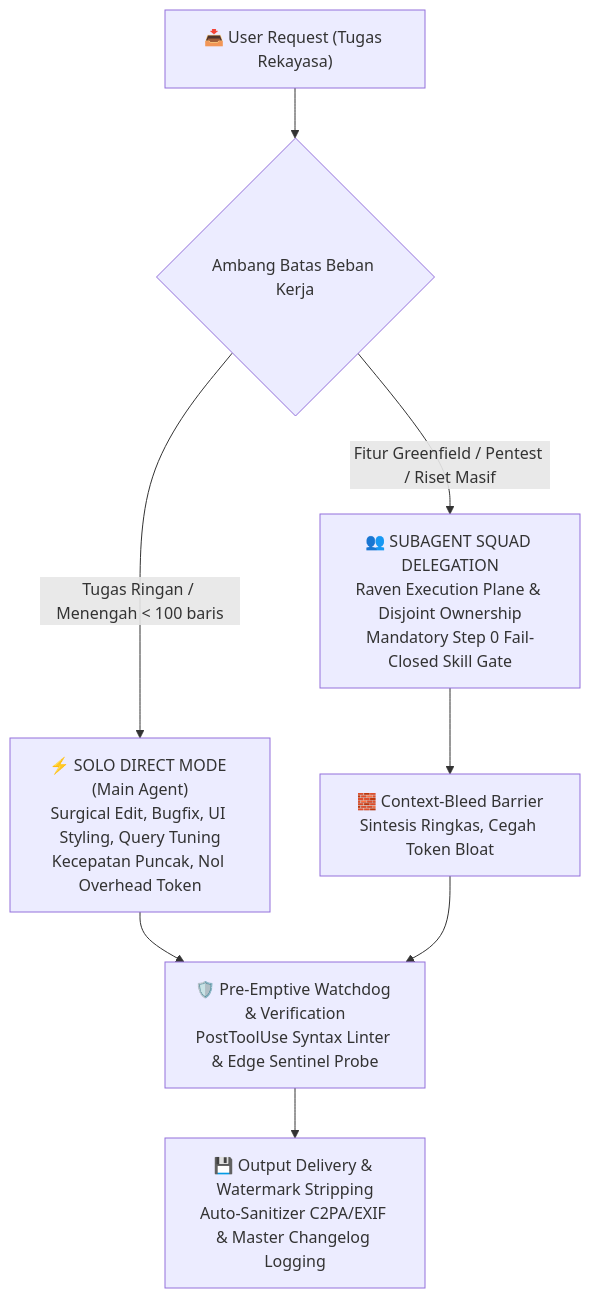
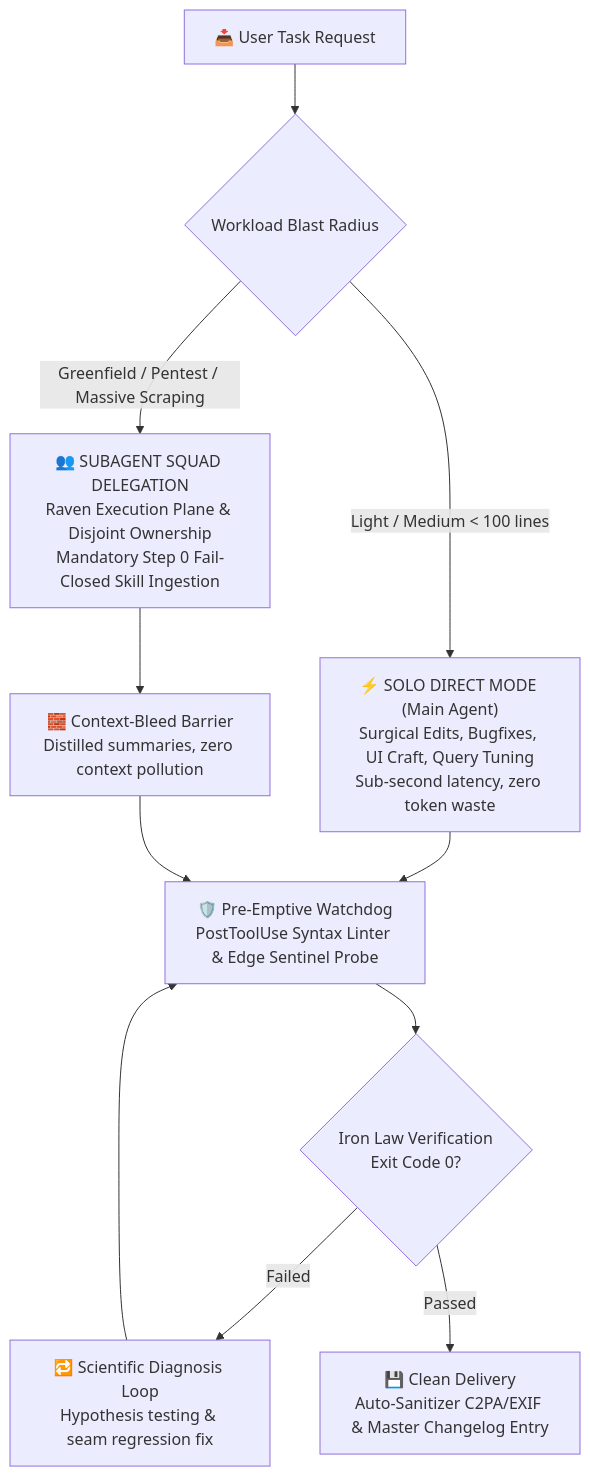
One commit to MasterPandaa/UltimateGravity changed the diagram in README.md. Above: the diagram before and after it, drawn with Mermaid. The commit also changed other lines of this file and 3 other files, not shown here.

````diff
--- a/README.md
+++ b/README.md
@@ -38,14 +79,16 @@
 ```mermaid
 flowchart TD
-    User["📥 User Request (Tugas Rekayasa)"] --> Gate{"Ambang Batas Beban Kerja"}
+    User["📥 User Task Request"] --> Gate{"Workload Blast Radius"}
     
-    Gate -->|Tugas Ringan / Menengah < 100 baris| Solo["⚡ SOLO DIRECT MODE (Main Agent)<br/>Surgical Edit, Bugfix, UI Styling, Query Tuning<br/>Kecepatan Puncak, Nol Overhead Token"]
+    Gate -->|Light / Medium < 100 lines| Solo["⚡ SOLO DIRECT MODE (Main Agent)<br/>Surgical Edits, Bugfixes, UI Craft, Query Tuning<br/>Sub-second latency, zero token waste"]
+    Gate -->|Greenfield / Pentest / Massive Scraping| Squad["👥 SUBAGENT SQUAD DELEGATION<br/>Raven Execution Plane & Disjoint Ownership<br/>Mandatory Step 0 Fail-Closed Skill Ingestion"]
     
-    Gate -->|Fitur Greenfield / Pentest / Riset Masif| Squad["👥 SUBAGENT SQUAD DELEGATION<br/>Raven Execution Plane & Disjoint Ownership<br/>Mandatory Step 0 Fail-Closed Skill Gate"]
+    Solo --> Watchdog["🛡️ Pre-Emptive Watchdog<br/>PostToolUse Syntax Linter & Edge Sentinel Probe"]
+    Squad --> Barrier["🧱 Context-Bleed Barrier<br/>Distilled summaries, zero context pollution"]
+    Barrier --> Watchdog
     
-    Solo --> Verify["🛡️ Pre-Emptive Watchdog & Verification<br/>PostToolUse Syntax Linter & Edge Sentinel Probe"]
-    Squad --> Barrier["🧱 Context-Bleed Barrier<br/>Sintesis Ringkas, Cegah Token Bloat"]
-    Barrier --> Verify
-    
-    Verify --> Deliver["💾 Output Delivery & Watermark Stripping<br/>Auto-Sanitizer C2PA/EXIF & Master Changelog Logging"]
+    Watchdog --> Verify{"Iron Law Verification<br/>Exit Code 0?"}
+    Verify -->|Failed| SelfHeal["🔁 Scientific Diagnosis Loop<br/>Hypothesis testing & seam regression fix"]
+    SelfHeal --> Watchdog
+    Verify -->|Passed| Deliver["💾 Clean Delivery<br/>Auto-Sanitizer C2PA/EXIF & Master Changelog Entry"]
 ```
````
